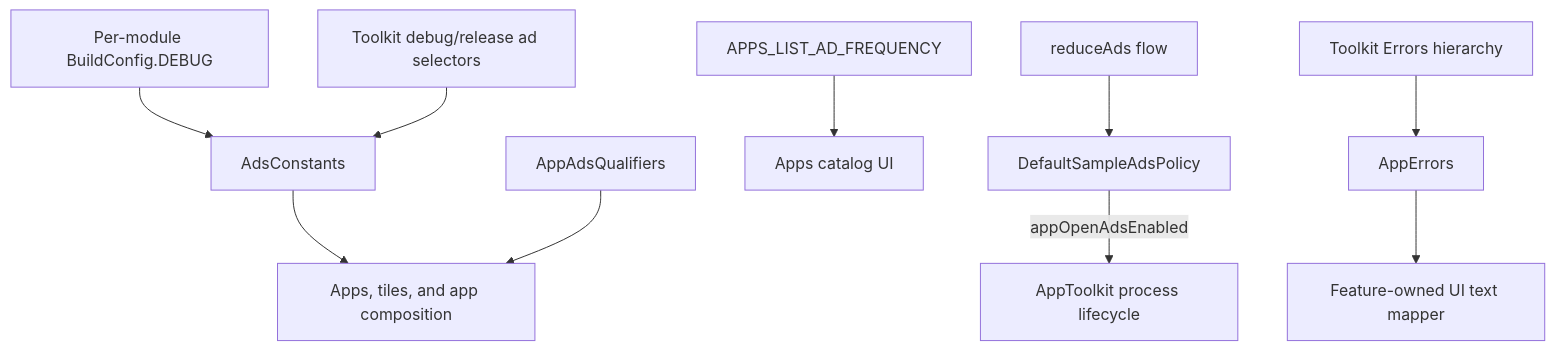
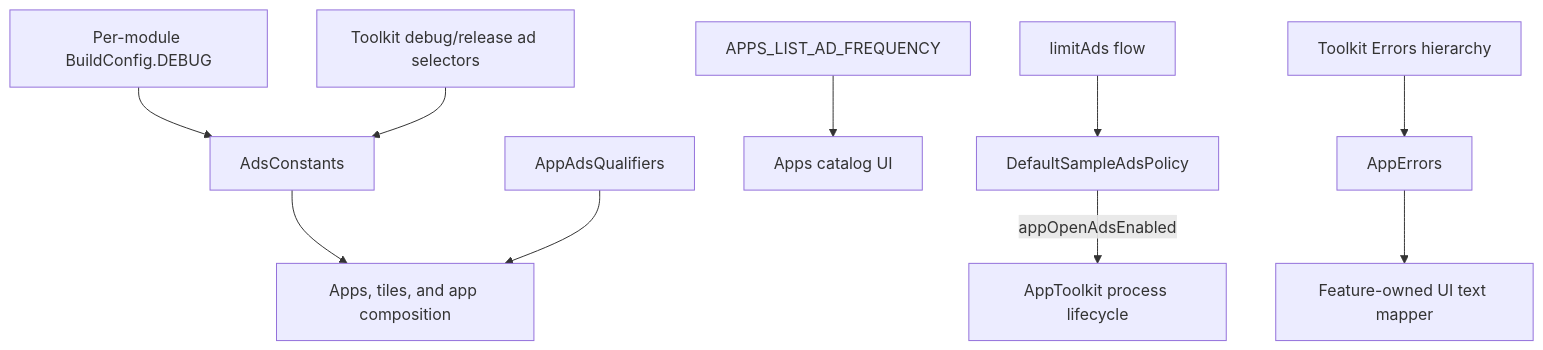
One commit to MihaiCristianCondrea/App-Toolkit-for-Android changed the diagram in sample/core/common/README.md. Above: the diagram before and after it, drawn with Mermaid. The commit also changed other lines of this file and 33 other files, not shown here.

````diff
--- a/sample/core/common/README.md
+++ b/sample/core/common/README.md
@@ -39,12 +39,12 @@
 ```mermaid
 flowchart TD
     Build[Per-module BuildConfig.DEBUG] --> Ads[AdsConstants]
     ToolkitIds[Toolkit debug/release ad selectors] --> Ads
     Ads --> Features[Apps, tiles, and app composition]
     Qualifiers[AppAdsQualifiers] --> Features
     Tuning[APPS_LIST_AD_FREQUENCY] --> Apps[Apps catalog UI]
-    Prefs[reduceAds flow] --> Policy[DefaultSampleAdsPolicy]
+    Prefs[limitAds flow] --> Policy[DefaultSampleAdsPolicy]
     Policy -->|appOpenAdsEnabled| AppOpen[AppToolkit process lifecycle]
     Network[Toolkit Errors hierarchy] --> Errors[AppErrors]
     Errors --> Mapper[Feature-owned UI text mapper]
 ```
````
